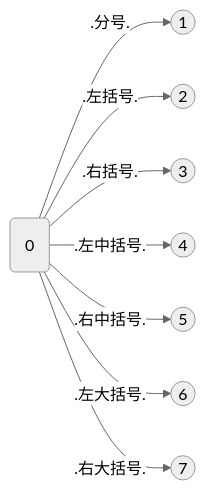
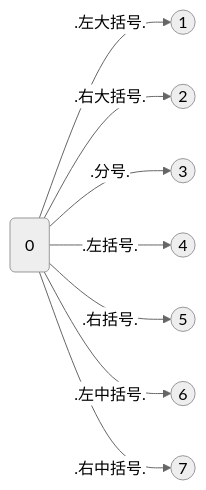
The diagram in doc/gen/LexicalInformation/stateMachine/J 状态机.md (Lxy417165709/translater), drawn with Mermaid (neutral theme) before and after one commit. The commit also changed 39 other files, not shown here.

````diff
--- a/doc/gen/LexicalInformation/stateMachine/J 状态机.md
+++ b/doc/gen/LexicalInformation/stateMachine/J 状态机.md
@@ -1,10 +1,10 @@
 ```mermaid
 graph LR
-id:0(0) -- .分号. --> id:1((1))
-id:0(0) -- .左括号. --> id:2((2))
-id:0(0) -- .右括号. --> id:3((3))
-id:0(0) -- .左中括号. --> id:4((4))
-id:0(0) -- .右中括号. --> id:5((5))
-id:0(0) -- .左大括号. --> id:6((6))
-id:0(0) -- .右大括号. --> id:7((7))
+id:0(0) -- .左大括号. --> id:1((1))
+id:0(0) -- .右大括号. --> id:2((2))
+id:0(0) -- .分号. --> id:3((3))
+id:0(0) -- .左括号. --> id:4((4))
+id:0(0) -- .右括号. --> id:5((5))
+id:0(0) -- .左中括号. --> id:6((6))
+id:0(0) -- .右中括号. --> id:7((7))
 ```
````
